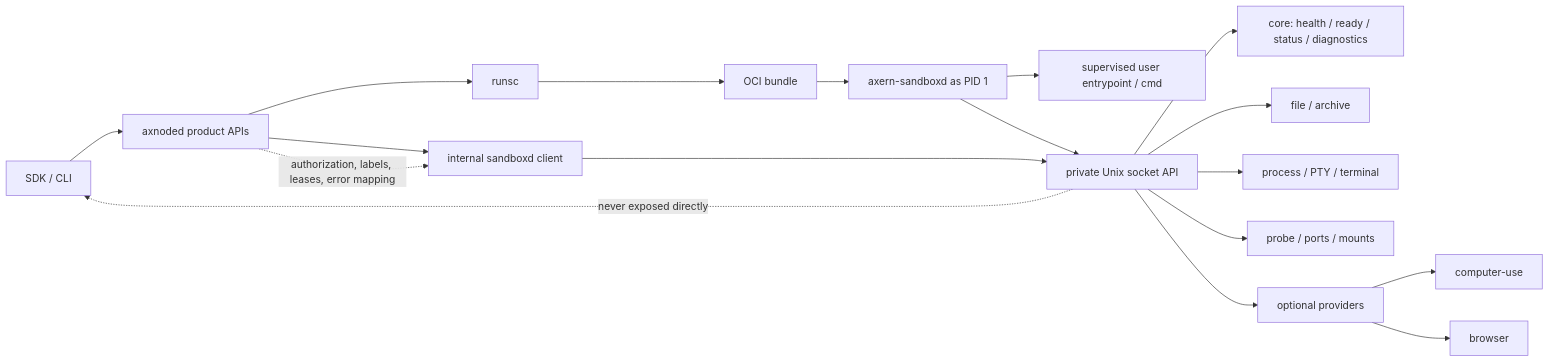
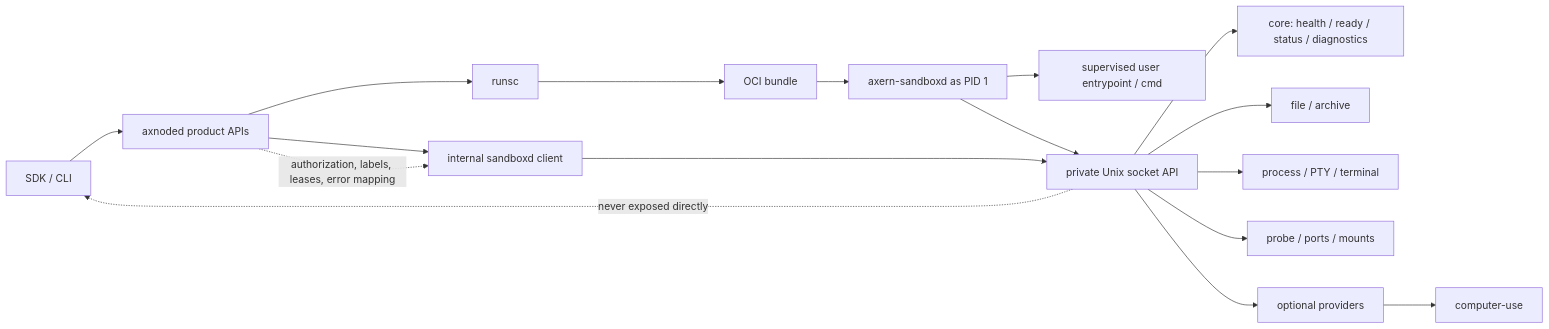
The diagram in runtime/axnoded/docs/sandbox-daemon.md (cofy-x/axern), drawn with Mermaid before and after one commit. The commit also changed other lines of this file and 241 other files, not shown here.

````diff
--- a/runtime/axnoded/docs/sandbox-daemon.md
+++ b/runtime/axnoded/docs/sandbox-daemon.md
@@ -17,27 +17,26 @@
 ```mermaid
 flowchart LR
   SDK["SDK / CLI"] --> AXNODED["axnoded product APIs"]
 
   AXNODED --> RUNTIME["runsc"]
   AXNODED --> CLIENT["internal sandboxd client"]
 
   RUNTIME --> OCI["OCI bundle"]
   OCI --> PID1["axern-sandboxd as PID 1"]
 
   PID1 --> USER["supervised user entrypoint / cmd"]
   PID1 --> API["private Unix socket API"]
 
   CLIENT --> API
 
   API --> CORE["core: health / ready / status / diagnostics"]
   API --> FILE["file / archive"]
   API --> PROC["process / PTY / terminal"]
   API --> PROBE["probe / ports / mounts"]
   API --> OPTIONAL["optional providers"]
 
   OPTIONAL --> CU["computer-use"]
-  OPTIONAL --> BROWSER["browser"]
 
   AXNODED -. "authorization, labels, leases, error mapping" .-> CLIENT
   API -. "never exposed directly" .-> SDK
 ```
````
